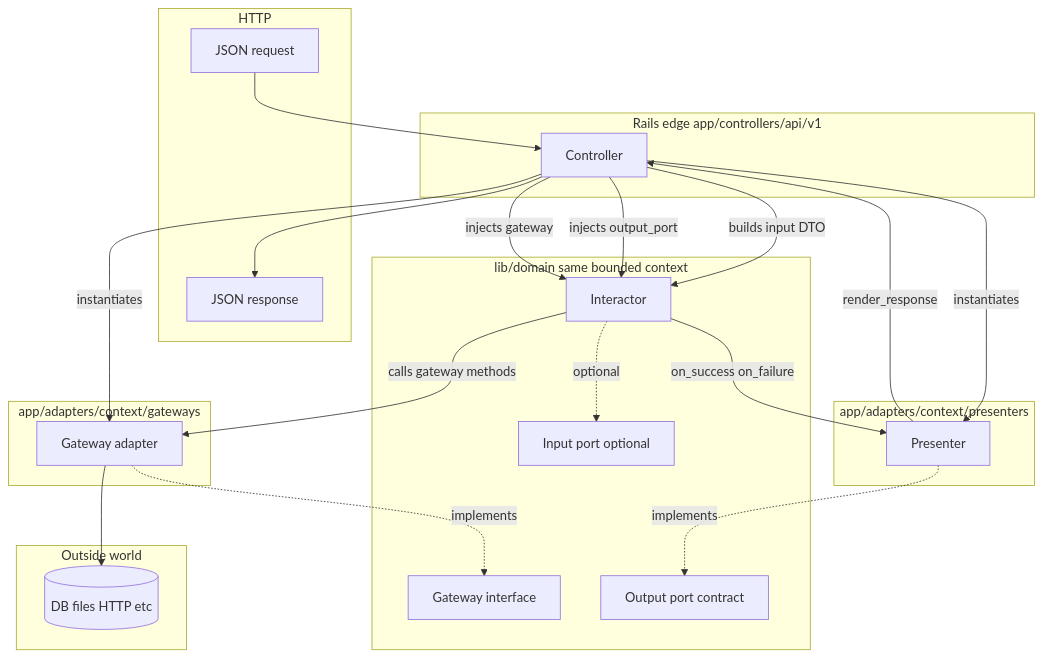
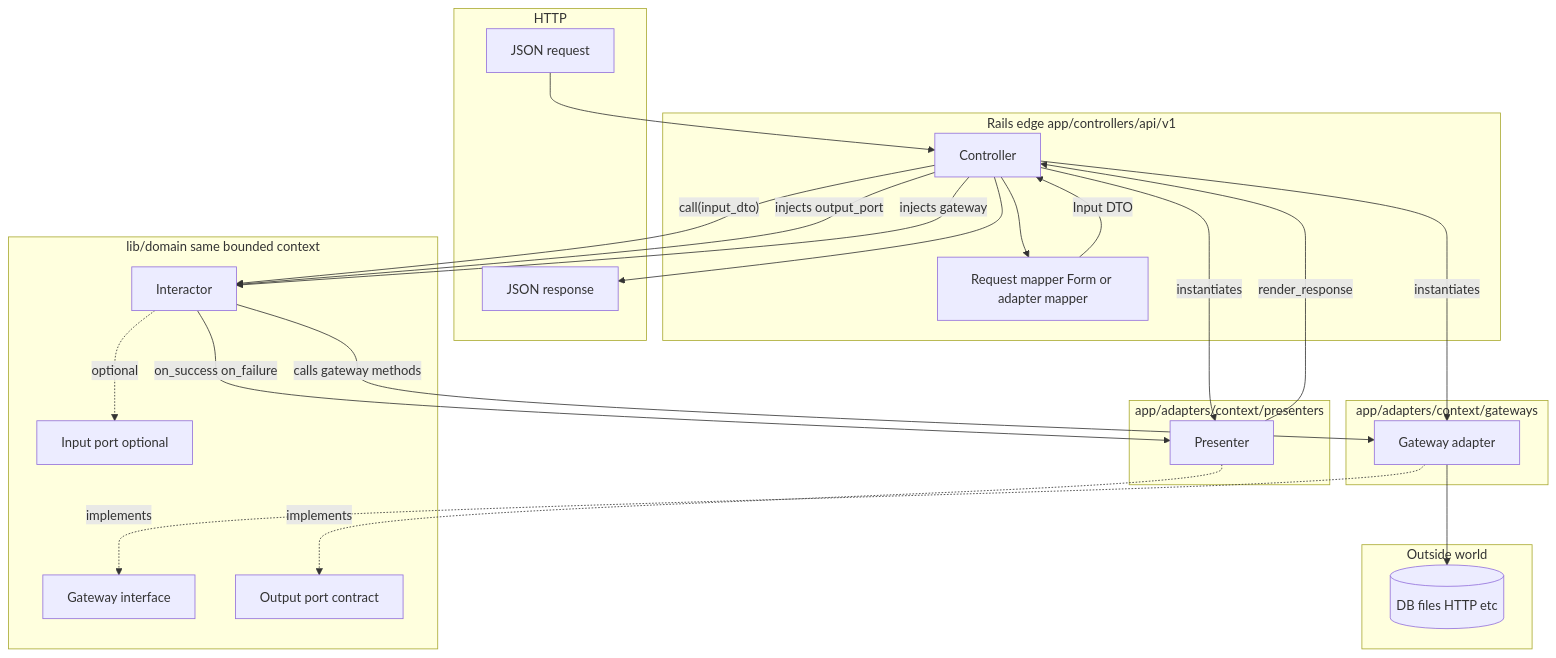
One commit to rick-chick/agrr changed the second of 4 diagrams in ARCHITECTURE.md. Above: the diagram before and after it, drawn with Mermaid. The commit also changed other lines of this file and 95 other files, not shown here.

````diff
--- a/ARCHITECTURE.md
+++ b/ARCHITECTURE.md
@@ -57,40 +57,43 @@
 ```mermaid
 flowchart TB
   subgraph http["HTTP"]
     REQ[JSON request]
     RES[JSON response]
   end
   subgraph app_edge["Rails edge app/controllers/api/v1"]
     CTRL[Controller]
+    REQMAP[Request mapper Form or adapter mapper]
   end
   subgraph domain_core["lib/domain same bounded context"]
     IP[Input port optional]
     IU[Interactor]
     GIF[Gateway interface]
     OPORT[Output port contract]
   end
   subgraph presentation["app/adapters/context/presenters"]
     PRES[Presenter]
   end
   subgraph adapters["app/adapters/context/gateways"]
     GADP[Gateway adapter]
   end
   subgraph io["Outside world"]
     DB[(DB files HTTP etc)]
   end
 
   REQ --> CTRL
-  CTRL -->|"builds input DTO"| IU
+  CTRL --> REQMAP
+  REQMAP -->|"Input DTO"| CTRL
+  CTRL -->|"call(input_dto)"| IU
   CTRL -->|"instantiates"| PRES
   CTRL -->|"instantiates"| GADP
   CTRL -->|"injects output_port"| IU
   CTRL -->|"injects gateway"| IU
   IU -.->|optional| IP
   PRES -.->|implements| OPORT
   GADP -.->|implements| GIF
   IU -->|"calls gateway methods"| GADP
   GADP --> DB
   IU -->|"on_success on_failure"| PRES
   PRES -->|"render_response"| CTRL
   CTRL --> RES
 ```
````
